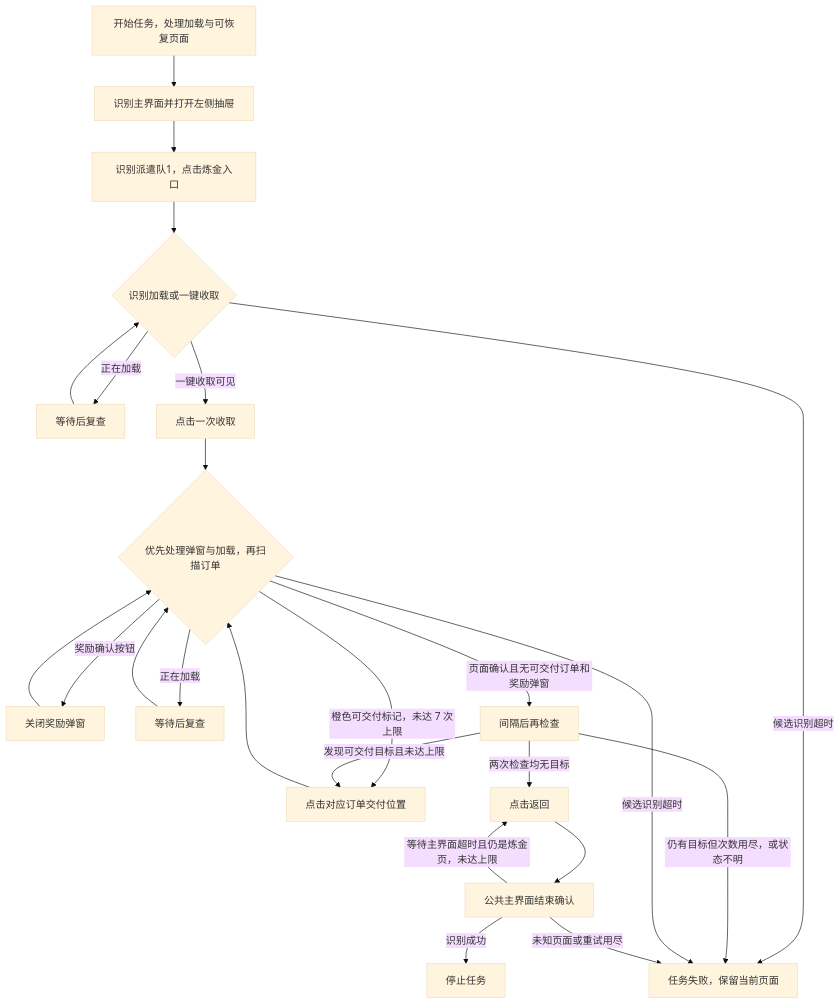
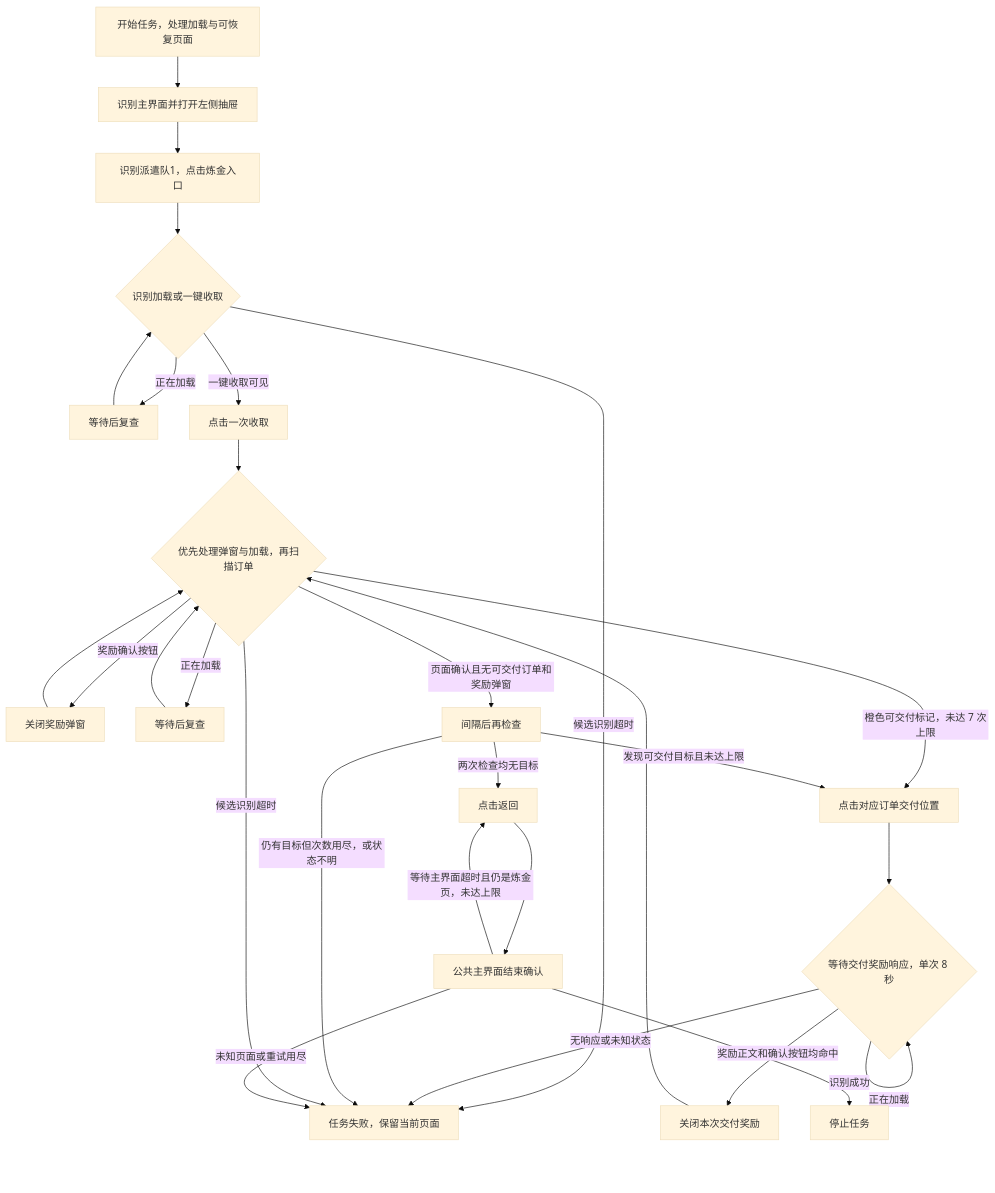
The diagram in docs/zh_cn/tasks/daily_alchemy_orders.md (cccrx1/TKFMaa), drawn with Mermaid (base theme) before and after one commit. The commit also changed other lines of this file and 1 other file, not shown here.

Commit message:
fix(alchemy): 等待交付奖励后再处理下一笔订单

````diff
--- a/docs/zh_cn/tasks/daily_alchemy_orders.md
+++ b/docs/zh_cn/tasks/daily_alchemy_orders.md
@@ -17,26 +17,30 @@
 ```mermaid
 flowchart TD
     Start[开始任务，处理加载与可恢复页面] --> Main[识别主界面并打开左侧抽屉]
     Main --> Drawer[识别派遣队1，点击炼金入口]
     Drawer --> Collect{识别加载或一键收取}
     Collect -->|正在加载| Wait[等待后复查]
     Wait --> Collect
     Collect -->|一键收取可见| Click[点击一次收取]
     Collect -->|候选识别超时| Fail[任务失败，保留当前页面]
     Click --> Scan{优先处理弹窗与加载，再扫描订单}
     Scan -->|奖励确认按钮| Reward[关闭奖励弹窗]
     Reward --> Scan
     Scan -->|正在加载| ScanWait[等待后复查]
     ScanWait --> Scan
     Scan -->|橙色可交付标记，未达 7 次上限| Deliver[点击对应订单交付位置]
-    Deliver --> Scan
+    Deliver --> Response{等待交付奖励响应，单次 8 秒}
+    Response -->|奖励正文和确认按钮均命中| DeliveryReward[关闭本次交付奖励]
+    DeliveryReward --> Scan
+    Response -->|正在加载| Response
+    Response -->|无响应或未知状态| Fail
     Scan -->|页面确认且无可交付订单和奖励弹窗| Verify[间隔后再检查]
     Verify -->|发现可交付目标且未达上限| Deliver
     Verify -->|两次检查均无目标| Back[点击返回]
     Verify -->|仍有目标但次数用尽，或状态不明| Fail
     Scan -->|候选识别超时| Fail
     Back --> Confirm[公共主界面结束确认]
     Confirm -->|识别成功| Done[停止任务]
     Confirm -->|等待主界面超时且仍是炼金页，未达上限| Back
     Confirm -->|未知页面或重试用尽| Fail
 ```
````
